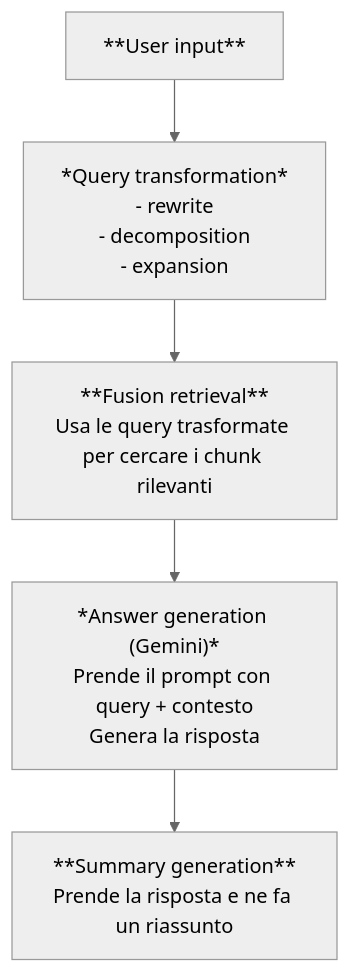
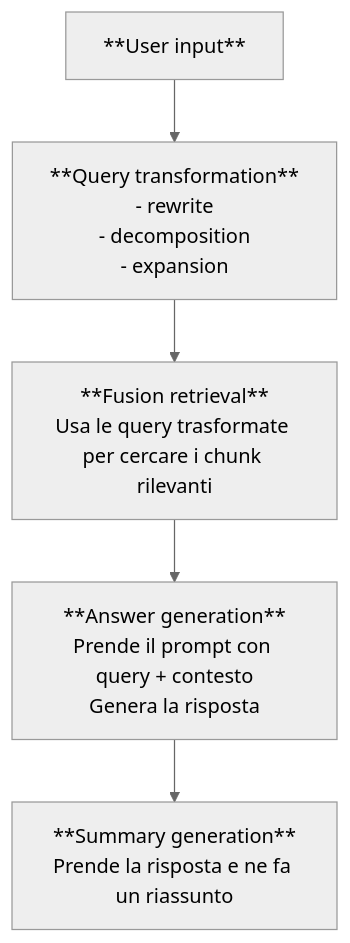
One commit to SDdev96/RAG-evaluator changed the diagram in README.md. Above: the diagram before and after it, drawn with Mermaid (neutral theme). The commit also changed 6 other files, not shown here.

Commit message:
update chunk number retrieved; update GenerationResult output; add new prompt for query_transformation "_rewrite" method; update "EmbeddingsProvider" class

````diff
--- a/README.md
+++ b/README.md
@@ -101,7 +101,7 @@
 ```mermaid
 graph TD
-    A["**User input**"] --> B["*Query transformation*<br/>- rewrite<br/>- decomposition<br/>- expansion"]
+    A["**User input**"] --> B["**Query transformation**<br/>- rewrite<br/>- decomposition<br/>- expansion"]
     B --> C["**Fusion retrieval**<br/>Usa le query trasformate per cercare i chunk rilevanti"]
-    C --> D["*Answer generation (Gemini)*<br/>Prende il prompt con query + contesto<br/>Genera la risposta"]
+    C --> D["**Answer generation**<br/>Prende il prompt con query + contesto<br/>Genera la risposta"]
     D --> E["**Summary generation**<br/>Prende la risposta e ne fa un riassunto"]
 ```
````
